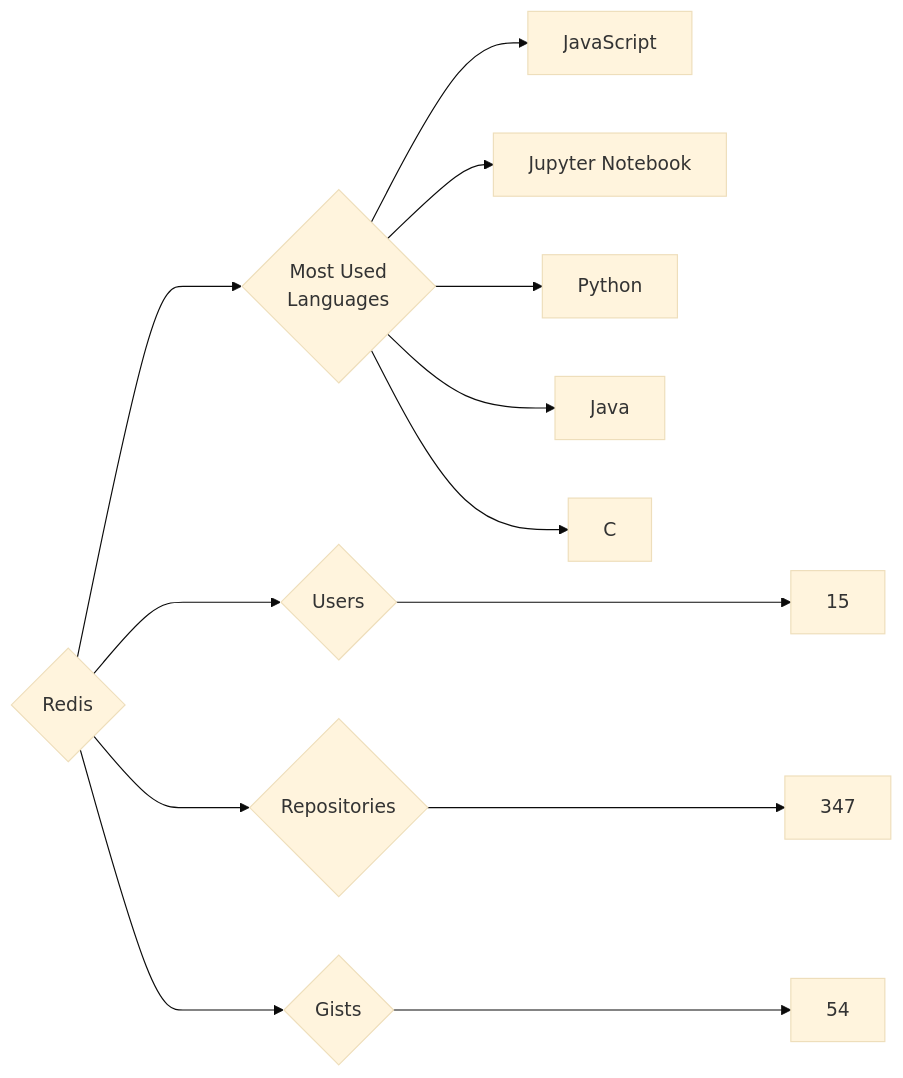
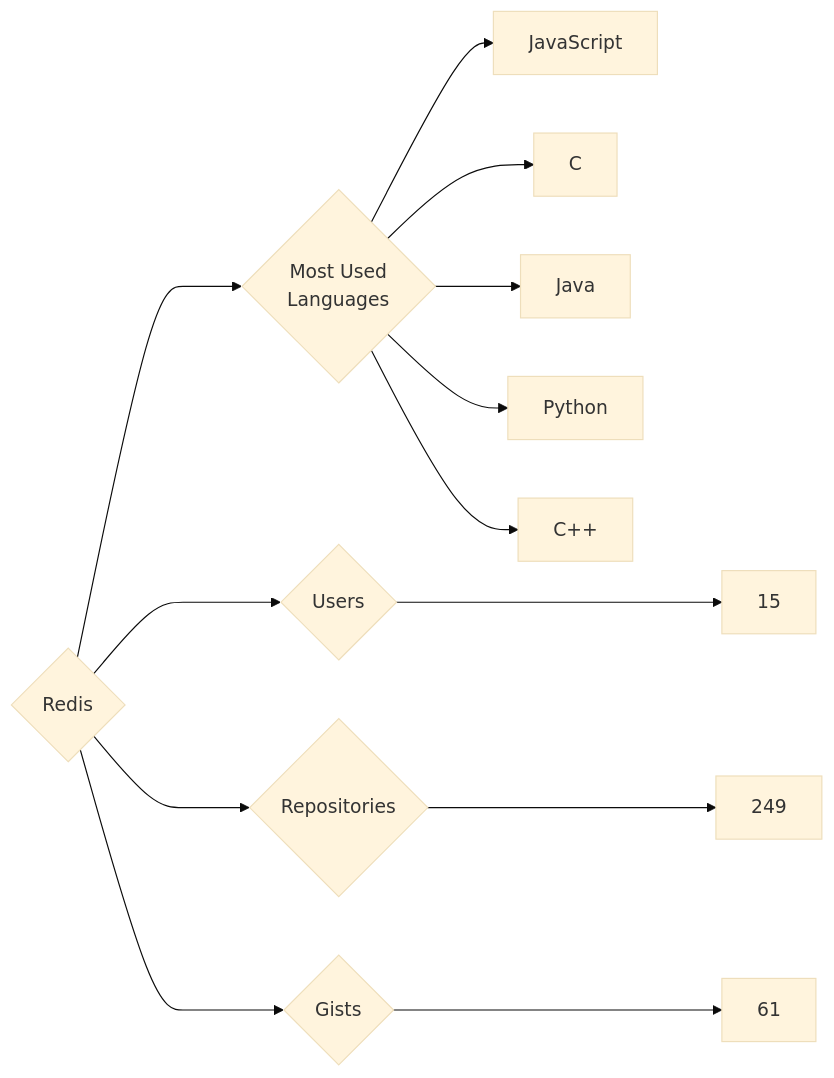
Before and after one commit to trickest/insiders: the diagram in targets/Redis/README.md, drawn with Mermaid (base theme). The commit also changed 972 other files, not shown here.

````diff
--- a/targets/Redis/README.md
+++ b/targets/Redis/README.md
@@ -3,13 +3,13 @@
 ```mermaid
 graph LR
 COMPANY_NAME{Redis}
 COMPANY_NAME ---> U{Users} ---> UN[15]
-COMPANY_NAME ---> R{Repositories} ---> RN[347]
-COMPANY_NAME ---> G{Gists} ---> GN[54]
+COMPANY_NAME ---> R{Repositories} ---> RN[249]
+COMPANY_NAME ---> G{Gists} ---> GN[61]
 COMPANY_NAME ---> ML{Most Used<br>Languages}
 ML --> JavaScript[JavaScript]
-ML --> Jupyter_Notebook[Jupyter Notebook]
+ML --> C[C]
+ML --> Java[Java]
 ML --> Python[Python]
-ML --> Java[Java]
-ML --> C[C]
+ML --> C++[C++]
 ```
````
